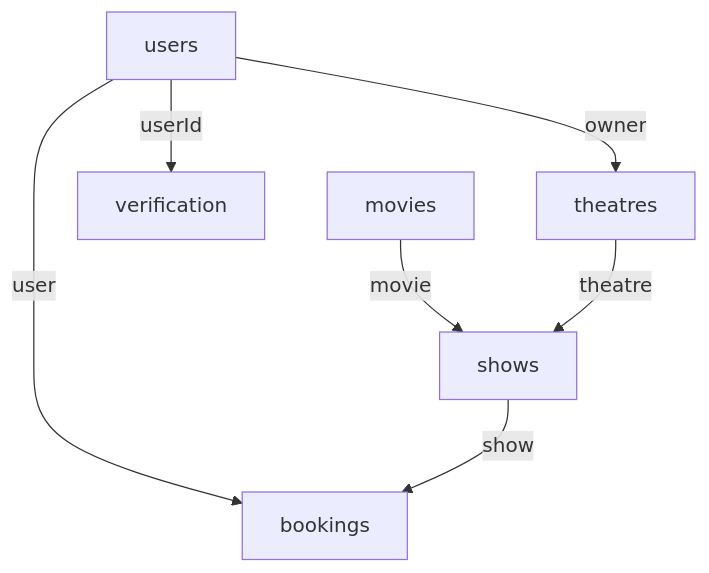
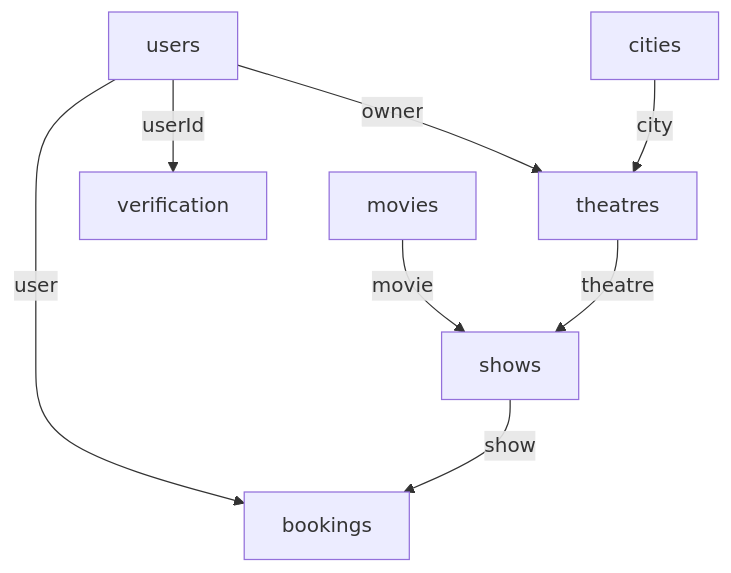
The diagram in docs/DATABASE_SCHEMA.md (Shravan-509/BookMyShow), drawn with Mermaid before and after one commit. The commit also changed other lines of this file and 36 other files, not shown here.

First line of the commit message:
feat(city): add city management, geolocation, and theatre association

````diff
--- a/docs/DATABASE_SCHEMA.md
+++ b/docs/DATABASE_SCHEMA.md
@@ -104,17 +130,19 @@
 ```mermaid
 flowchart TD
 
     User["users"]
     Theatre["theatres"]
+    City["cities"]
     Booking["bookings"]
     Verification["verification"]
     Movie["movies"]
     Show["shows"]
 
     User -->|owner| Theatre
+    City -->|city| Theatre
     User -->|user| Booking
     User -->|userId| Verification
     Movie -->|movie| Show
     Theatre -->|theatre| Show
     Show -->|show| Booking
 ```
````
